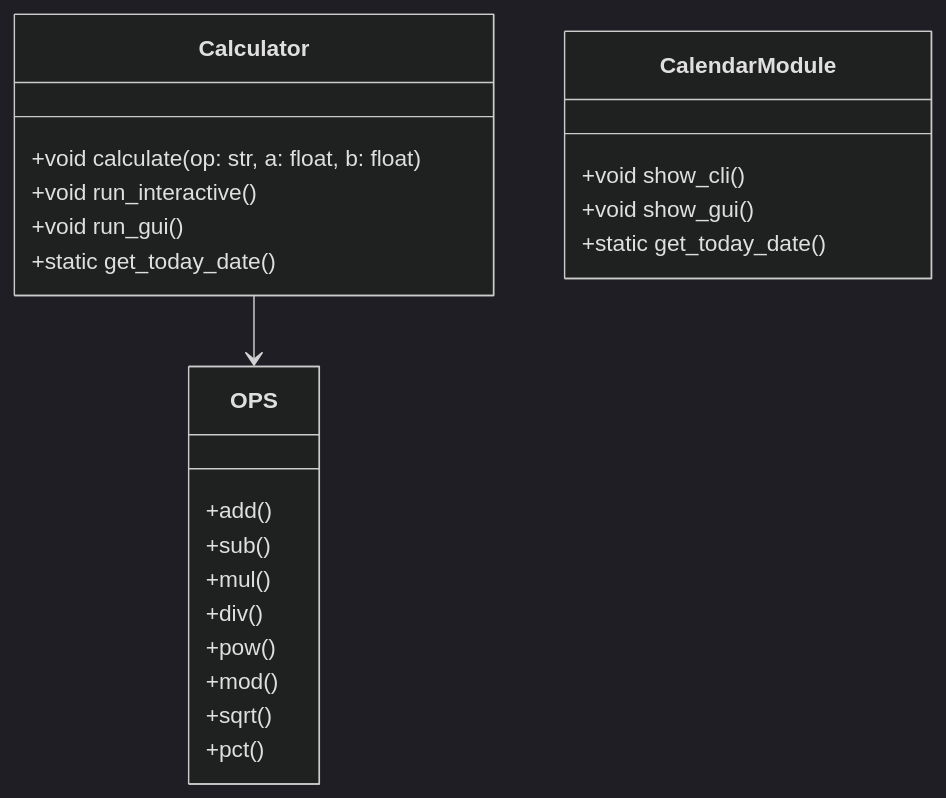
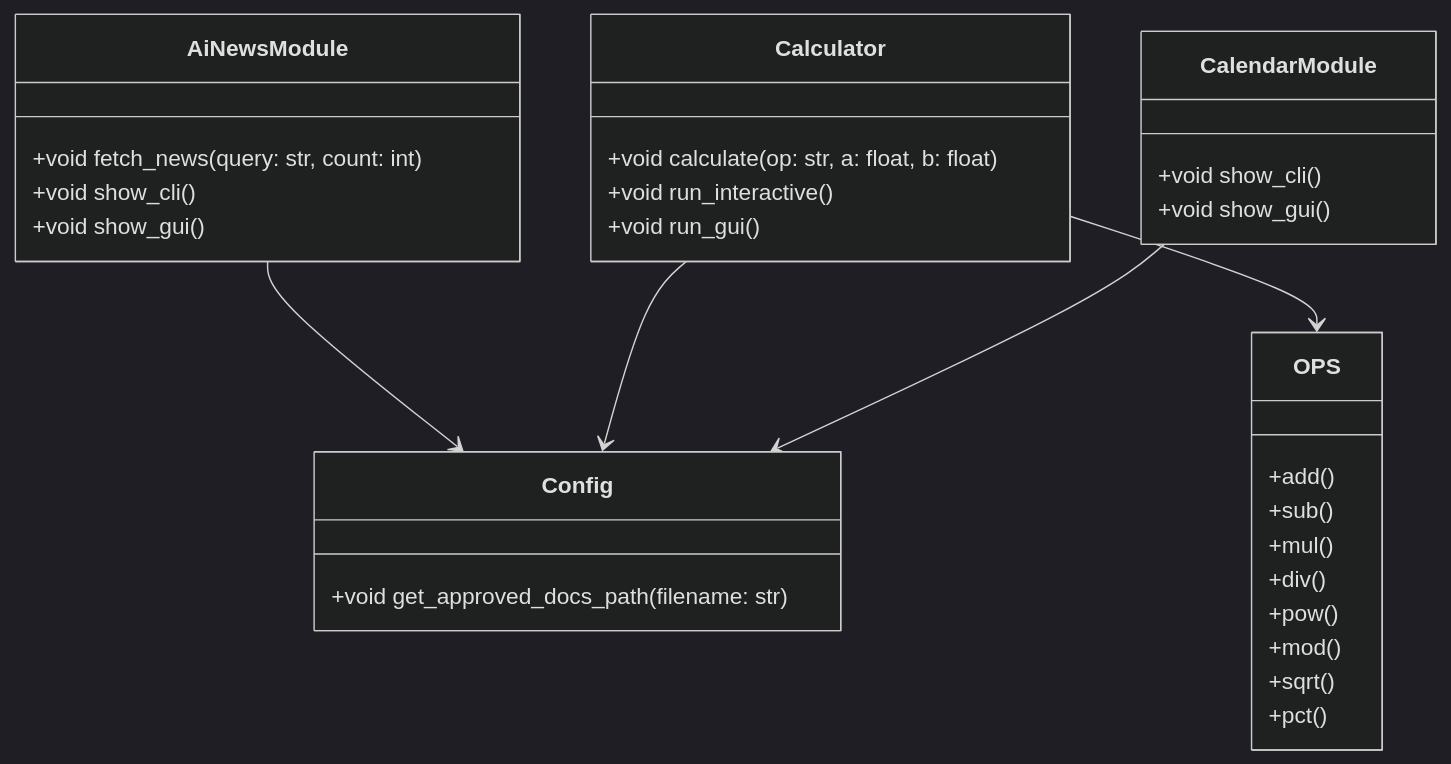
The diagram in docs/diagrams/class.mmd (thoaihcmc/docs-pipeline-e2e-test), drawn with Mermaid (dark theme) before and after one commit. The commit also changed 5 other files, not shown here.

Commit message:
docs: auto-generate FDD, BDD, ADD and diagrams for 951858041d687df93276b05ee9137ac673b80b59

````diff
--- a/docs/diagrams/class.mmd
+++ b/docs/diagrams/class.mmd
@@ -1,25 +1,34 @@
 ```mermaid  
 classDiagram  
+    class AiNewsModule {  
+      +void fetch_news(query: str, count: int)  
+      +void show_cli()  
+      +void show_gui()  
+    }  
     class Calculator {  
       +void calculate(op: str, a: float, b: float)  
       +void run_interactive()  
       +void run_gui()  
-      +static get_today_date()  
     }  
     class CalendarModule {  
       +void show_cli()  
       +void show_gui()  
-      +static get_today_date()  
+    }  
+    class Config {  
+      +void get_approved_docs_path(filename: str)  
     }  
     class OPS {  
       +add()  
       +sub()  
       +mul()  
       +div()  
       +pow()  
       +mod()  
       +sqrt()  
       +pct()  
     }  
-    Calculator --> OPS
+    Calculator --> OPS  
+    AiNewsModule --> Config  
+    Calculator --> Config  
+    CalendarModule --> Config  
 ```
````
